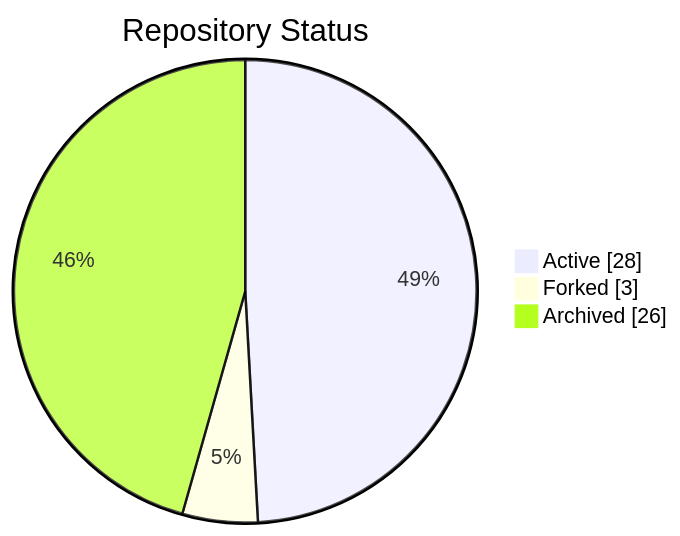
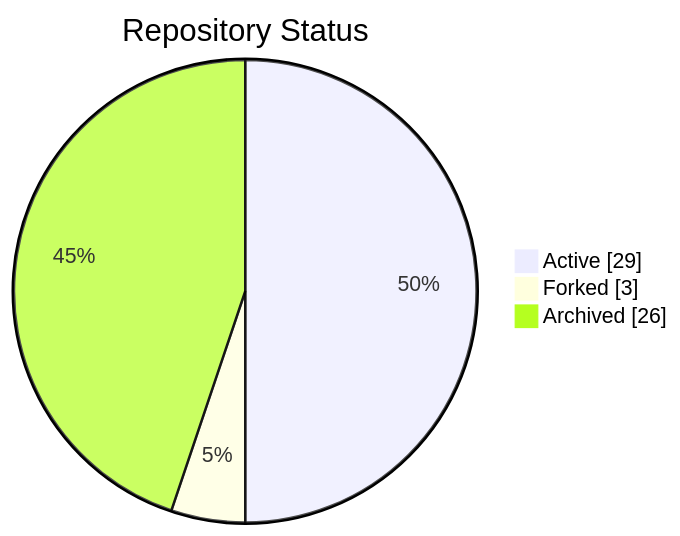
The third of 3 diagrams in README.md (sametcn99/sametcn99), drawn with Mermaid before and after one commit. The commit also changed other lines of this file and 1 other file, not shown here.

````diff
--- a/README.md
+++ b/README.md
@@ -174,7 +177,7 @@
 ```mermaid
 pie showData
     title Repository Status
-    "Active" : 28
+    "Active" : 29
     "Forked" : 3
     "Archived" : 26
 ```
````
